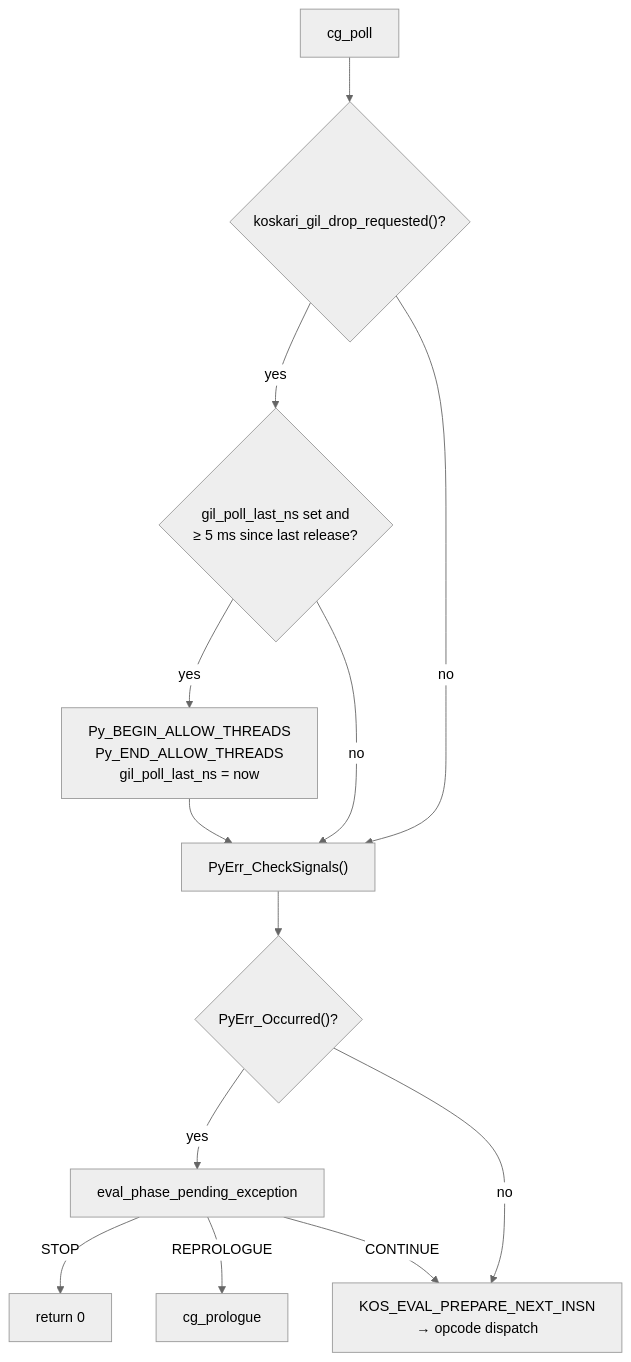
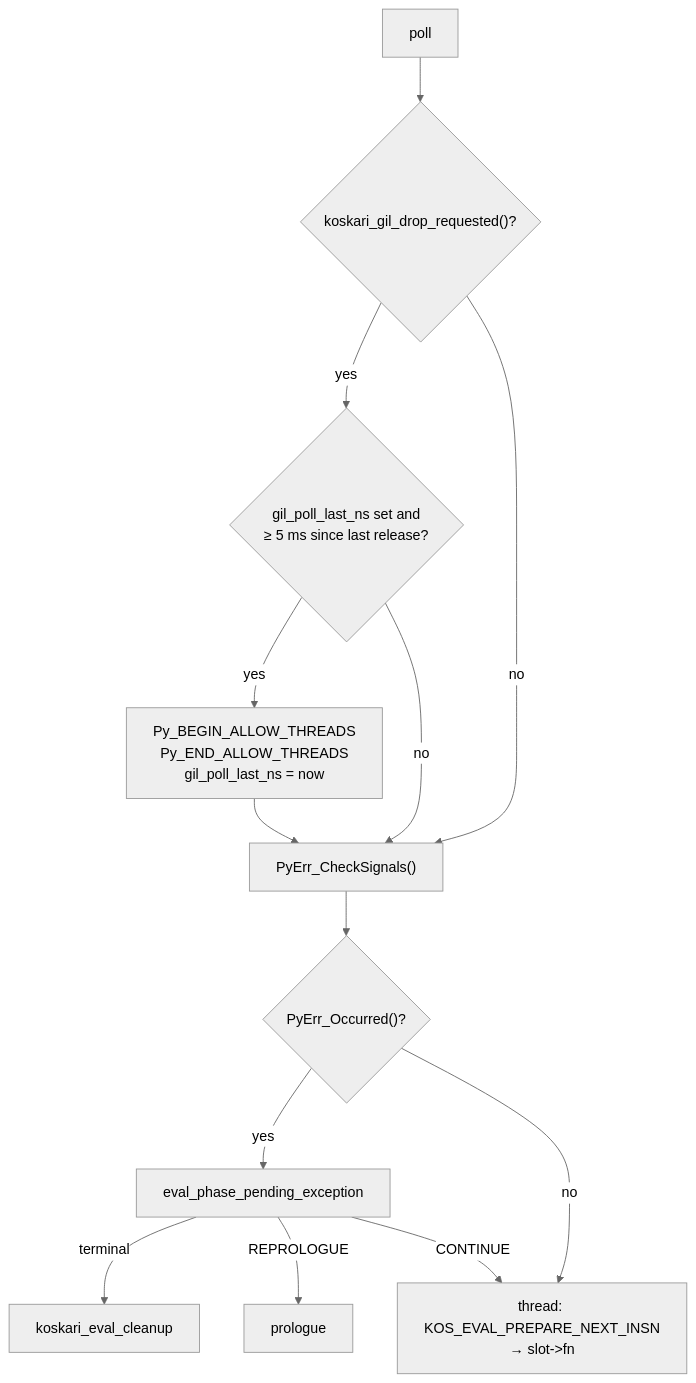
One commit to koskari-lang/koskari changed the second of 11 diagrams in design/EVALUATOR.md. Above: the diagram before and after it, drawn with Mermaid (neutral theme). The commit also changed other lines of this file and 16 other files, not shown here.

````diff
--- a/design/EVALUATOR.md
+++ b/design/EVALUATOR.md
@@ -197,24 +207,24 @@
 ```mermaid
 flowchart TD
-    poll["cg_poll"]
+    poll["poll"]
     drop{"koskari_gil_drop_requested()?"}
     time{"gil_poll_last_ns set and<br/>≥ 5 ms since last release?"}
     gil["Py_BEGIN_ALLOW_THREADS<br/>Py_END_ALLOW_THREADS<br/>gil_poll_last_ns = now"]
     sig["PyErr_CheckSignals()"]
     pyerr{"PyErr_Occurred()?"}
     pend["eval_phase_pending_exception"]
-    dispatch["KOS_EVAL_PREPARE_NEXT_INSN<br/>→ opcode dispatch"]
+    dispatch["thread: KOS_EVAL_PREPARE_NEXT_INSN<br/>→ slot->fn"]
 
     poll --> drop
     drop -->|yes| time
     drop -->|no| sig
     time -->|yes| gil
     time -->|no| sig
     gil --> sig
     sig --> pyerr
     pyerr -->|yes| pend
     pyerr -->|no| dispatch
-    pend -->|STOP| stop["return 0"]
-    pend -->|REPROLOGUE| prologue["cg_prologue"]
+    pend -->|terminal| stop["koskari_eval_cleanup"]
+    pend -->|REPROLOGUE| prologue["prologue"]
     pend -->|CONTINUE| dispatch
 ```
````
